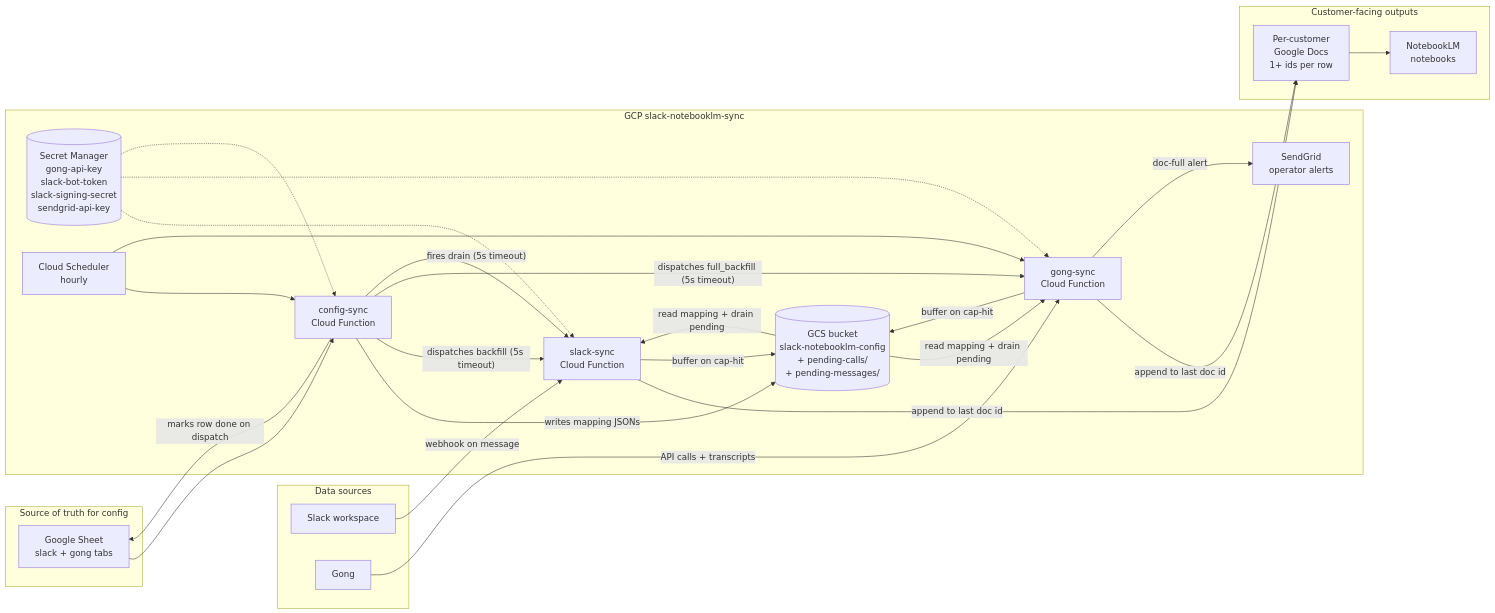
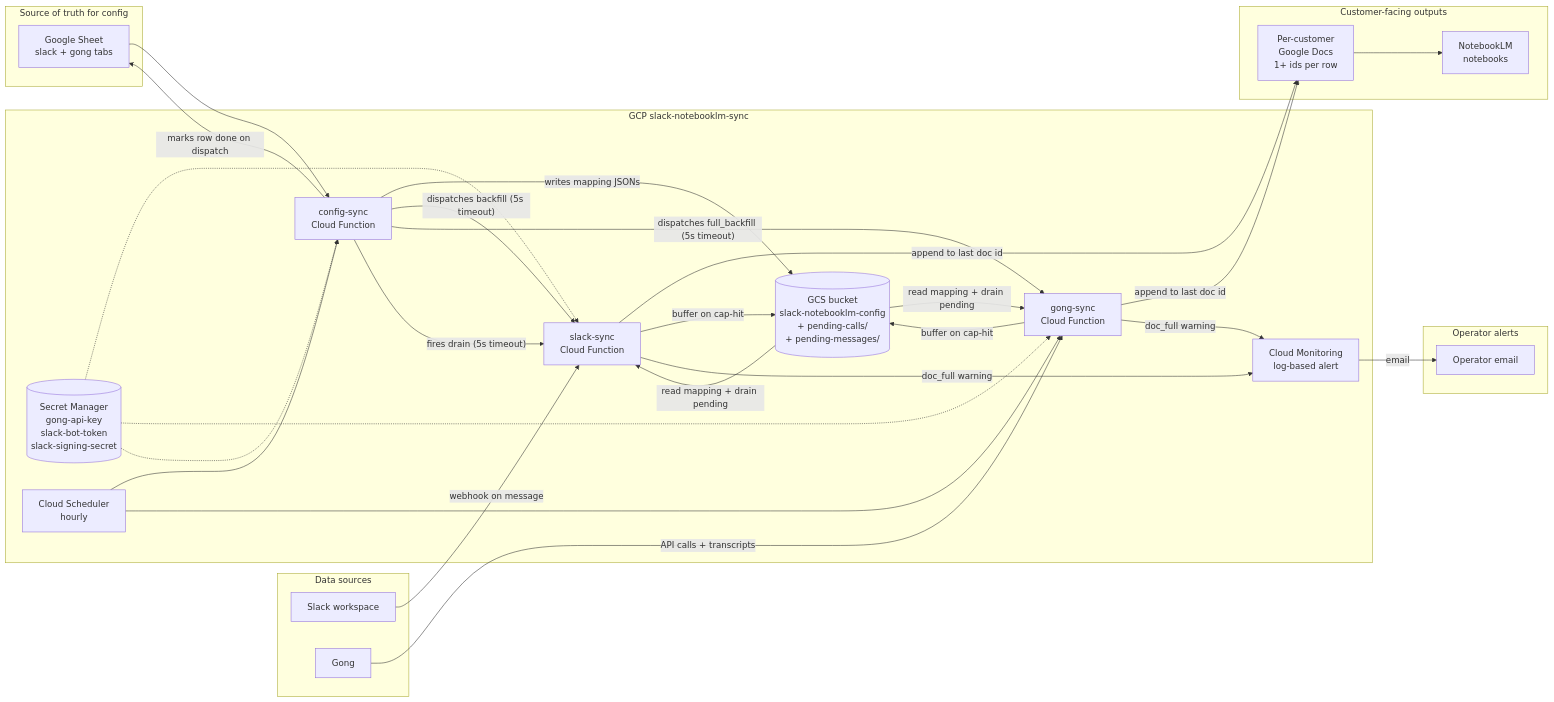
The diagram in ARCHITECTURE.md (plosiewicz/arango-notebooklm), drawn with Mermaid before and after one commit. The commit also changed other lines of this file and 6 other files, not shown here.

````diff
--- a/ARCHITECTURE.md
+++ b/ARCHITECTURE.md
@@ -14,53 +14,59 @@
 ```mermaid
 flowchart LR
     subgraph sources [Data sources]
         slack[Slack workspace]
         gong[Gong]
     end
 
     subgraph config [Source of truth for config]
         sheet[Google Sheet<br/>slack + gong tabs]
     end
 
     subgraph gcp [GCP slack-notebooklm-sync]
         gcs[(GCS bucket<br/>slack-notebooklm-config<br/>+ pending-calls/<br/>+ pending-messages/)]
-        secrets[(Secret Manager<br/>gong-api-key<br/>slack-bot-token<br/>slack-signing-secret<br/>sendgrid-api-key)]
+        secrets[(Secret Manager<br/>gong-api-key<br/>slack-bot-token<br/>slack-signing-secret)]
         configsync[config-sync<br/>Cloud Function]
         slacksync[slack-sync<br/>Cloud Function]
         gongsync[gong-sync<br/>Cloud Function]
         scheduler[Cloud Scheduler<br/>hourly]
-        sendgrid[SendGrid<br/>operator alerts]
+        monitoring[Cloud Monitoring<br/>log-based alert]
+    end
+
+    subgraph alerts [Operator alerts]
+        ops[Operator email]
     end
 
     subgraph out [Customer-facing outputs]
         docs[Per-customer<br/>Google Docs<br/>1+ ids per row]
         nblm[NotebookLM<br/>notebooks]
     end
 
     sheet --> configsync
     scheduler --> configsync
     scheduler --> gongsync
 
     configsync -- writes mapping JSONs --> gcs
     configsync -- dispatches backfill (5s timeout) --> slacksync
     configsync -- dispatches full_backfill (5s timeout) --> gongsync
     configsync -- fires drain (5s timeout) --> slacksync
     configsync -- marks row done on dispatch --> sheet
 
     slack -- webhook on message --> slacksync
     gong -- API calls + transcripts --> gongsync
 
     gcs -- read mapping + drain pending --> slacksync
     gcs -- read mapping + drain pending --> gongsync
 
     secrets -.-> slacksync
     secrets -.-> gongsync
     secrets -.-> configsync
 
     slacksync -- append to last doc id --> docs
     gongsync -- append to last doc id --> docs
     slacksync -- buffer on cap-hit --> gcs
     gongsync -- buffer on cap-hit --> gcs
-    gongsync -- doc-full alert --> sendgrid
+    slacksync -- doc_full warning --> monitoring
+    gongsync -- doc_full warning --> monitoring
+    monitoring -- email --> ops
     docs --> nblm
 ```
````
